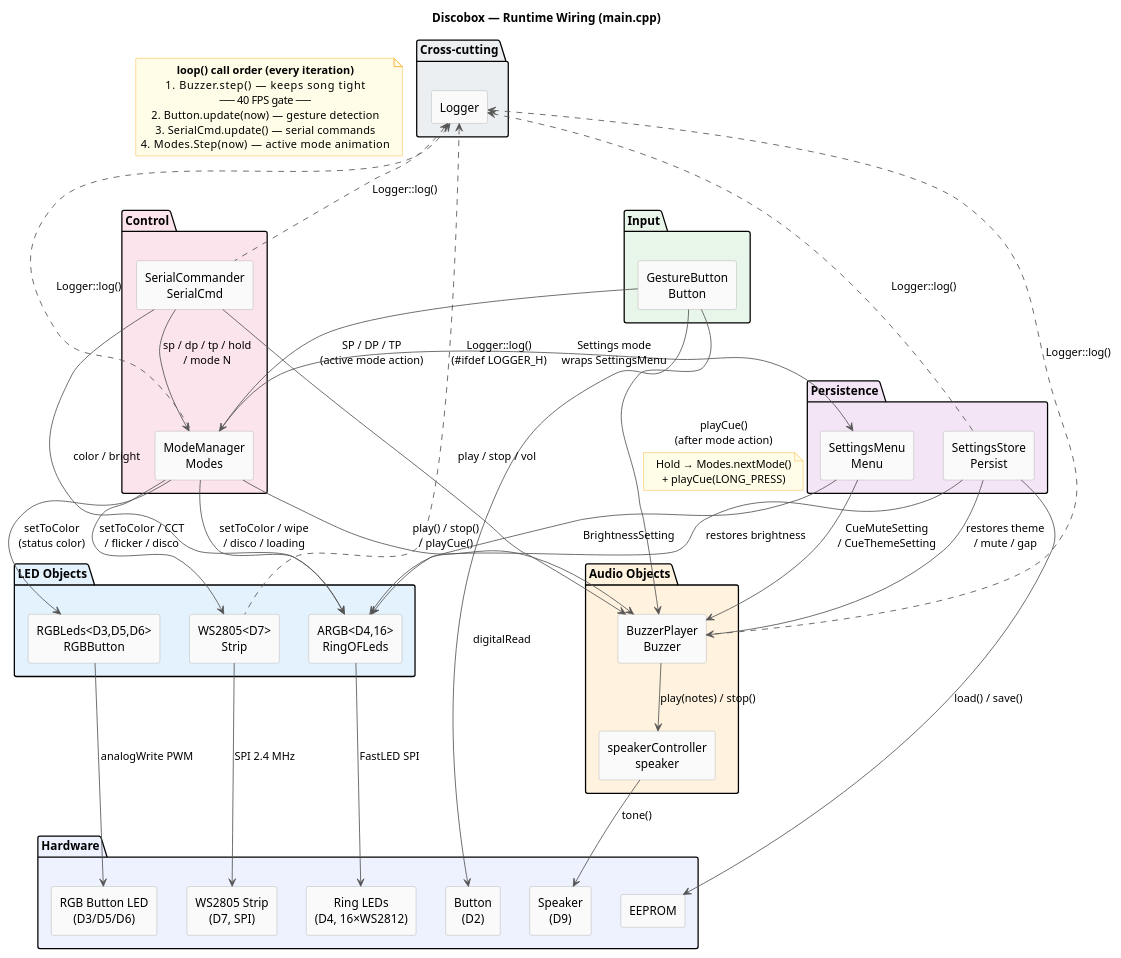
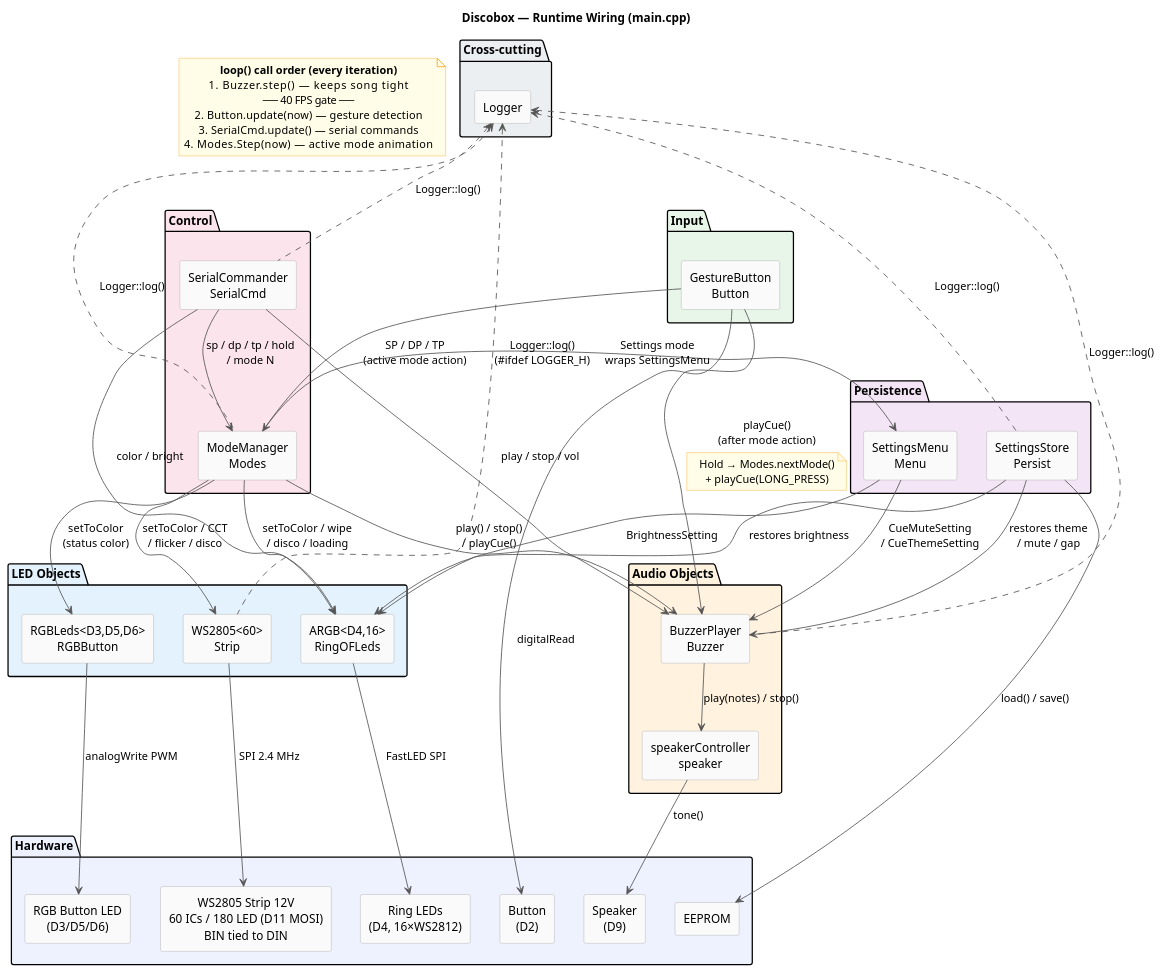
One commit to JestingDart4369/Discobox changed the diagram in Discobox_Wiring.puml. Above: the diagram before and after it, drawn with PlantUML. The commit also changed 14 other files, not shown here.

```diff
--- a/Discobox_Wiring.puml
+++ b/Discobox_Wiring.puml
@@ -1,125 +1,125 @@
 @startuml Discobox_Wiring
 
 skinparam defaultTextAlignment center
 skinparam componentStyle rectangle
 skinparam ArrowColor #555555
 skinparam ComponentBackgroundColor #FAFAFA
 skinparam ComponentBorderColor #AAAAAA
 skinparam NoteBackgroundColor #FFFDE7
 skinparam NoteBorderColor #F9A825
 
 title Discobox — Runtime Wiring (main.cpp)
 
 /' ================================================================
    HARDWARE / INPUTS
    ================================================================ '/
 
 package "Hardware" #EEF2FF {
     [Button\n(D2)] as HW_BTN
     [Speaker\n(D9)] as HW_SPK
     [Ring LEDs\n(D4, 16×WS2812)] as HW_RING
     [RGB Button LED\n(D3/D5/D6)] as HW_RGB
-    [WS2805 Strip\n(D7, SPI)] as HW_STRIP
+    [WS2805 Strip 12V\n60 ICs / 180 LED (D11 MOSI)\nBIN tied to DIN] as HW_STRIP
     [EEPROM] as HW_EEPROM
 }
 
 /' ================================================================
    RUNTIME OBJECTS (global instances in main.cpp)
    ================================================================ '/
 
 package "Input" #E8F5E9 {
     [GestureButton\nButton] as OBJ_BTN
 }
 
 package "LED Objects" #E3F2FD {
     [ARGB<D4,16>\nRingOFLeds] as OBJ_RING
     [RGBLeds<D3,D5,D6>\nRGBButton] as OBJ_RGB
-    [WS2805<D7>\nStrip] as OBJ_STRIP
+    [WS2805<60>\nStrip] as OBJ_STRIP
 }
 
 package "Audio Objects" #FFF3E0 {
     [speakerController\nspeaker] as OBJ_SPK
     [BuzzerPlayer\nBuzzer] as OBJ_BUZZ
 }
 
 package "Control" #FCE4EC {
     [ModeManager\nModes] as OBJ_MODES
     [SerialCommander\nSerialCmd] as OBJ_SERIAL
 }
 
 package "Persistence" #F3E5F5 {
     [SettingsStore\nPersist] as OBJ_PERSIST
     [SettingsMenu\nMenu] as OBJ_MENU
 }
 
 package "Cross-cutting" #ECEFF1 {
     [Logger] as OBJ_LOG
 }
 
 /' ================================================================
    HARDWARE BINDINGS
    ================================================================ '/
 
 OBJ_BTN   --> HW_BTN   : digitalRead
 OBJ_RING  --> HW_RING  : FastLED SPI
 OBJ_RGB   --> HW_RGB   : analogWrite PWM
 OBJ_STRIP --> HW_STRIP : SPI 2.4 MHz
 OBJ_SPK   --> HW_SPK   : tone()
 OBJ_PERSIST --> HW_EEPROM : load() / save()
 
 /' ================================================================
    OBJECT WIRING
    ================================================================ '/
 
 ' Button → Modes + Buzzer (gestures)
 OBJ_BTN --> OBJ_MODES : SP / DP / TP\n(active mode action)
 OBJ_BTN --> OBJ_BUZZ  : playCue()\n(after mode action)
 note on link
   Hold → Modes.nextMode()
   + playCue(LONG_PRESS)
 end note
 
 ' Modes → LEDs
 OBJ_MODES --> OBJ_RING  : setToColor / wipe\n/ disco / loading
 OBJ_MODES --> OBJ_RGB   : setToColor\n(status color)
 OBJ_MODES --> OBJ_STRIP : setToColor / CCT\n/ flicker / disco
 
 ' Modes → Audio
 OBJ_MODES --> OBJ_BUZZ  : play() / stop()\n/ playCue()
 
 ' Audio chain
 OBJ_BUZZ  --> OBJ_SPK   : play(notes) / stop()
 
 ' Serial → everything
 OBJ_SERIAL --> OBJ_MODES : sp / dp / tp / hold\n/ mode N
 OBJ_SERIAL --> OBJ_BUZZ  : play / stop / vol
 OBJ_SERIAL --> OBJ_RING  : color / bright
 
 ' Settings persistence
 OBJ_PERSIST --> OBJ_BUZZ  : restores theme\n/ mute / gap
 OBJ_PERSIST --> OBJ_RING  : restores brightness
 OBJ_MENU    --> OBJ_RING  : BrightnessSetting
 OBJ_MENU    --> OBJ_BUZZ  : CueMuteSetting\n/ CueThemeSetting
 OBJ_MODES   --> OBJ_MENU  : Settings mode\nwraps SettingsMenu
 
 ' Logger (used by everything)
 OBJ_LOG <.. OBJ_MODES   : Logger::log()
 OBJ_LOG <.. OBJ_BUZZ    : Logger::log()
 OBJ_LOG <.. OBJ_STRIP   : Logger::log()\n(#ifdef LOGGER_H)
 OBJ_LOG <.. OBJ_SERIAL  : Logger::log()
 OBJ_LOG <.. OBJ_PERSIST : Logger::log()
 
 /' ================================================================
    LOOP CALL ORDER (notes)
    ================================================================ '/
 
 note as N_LOOP
   <b>loop() call order (every iteration)</b>
   1. Buzzer.step()        — keeps song tight
   ── 40 FPS gate ──
   2. Button.update(now)   — gesture detection
   3. SerialCmd.update()   — serial commands
   4. Modes.Step(now)      — active mode animation
 end note
 
 @enduml
```
